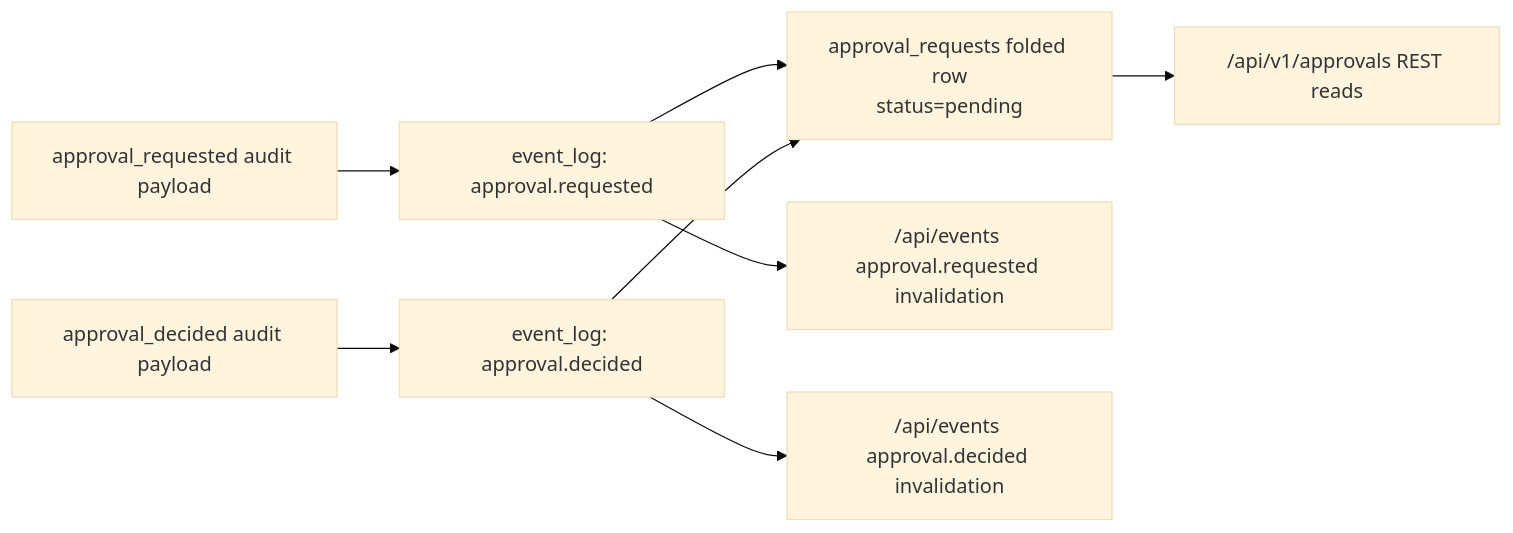
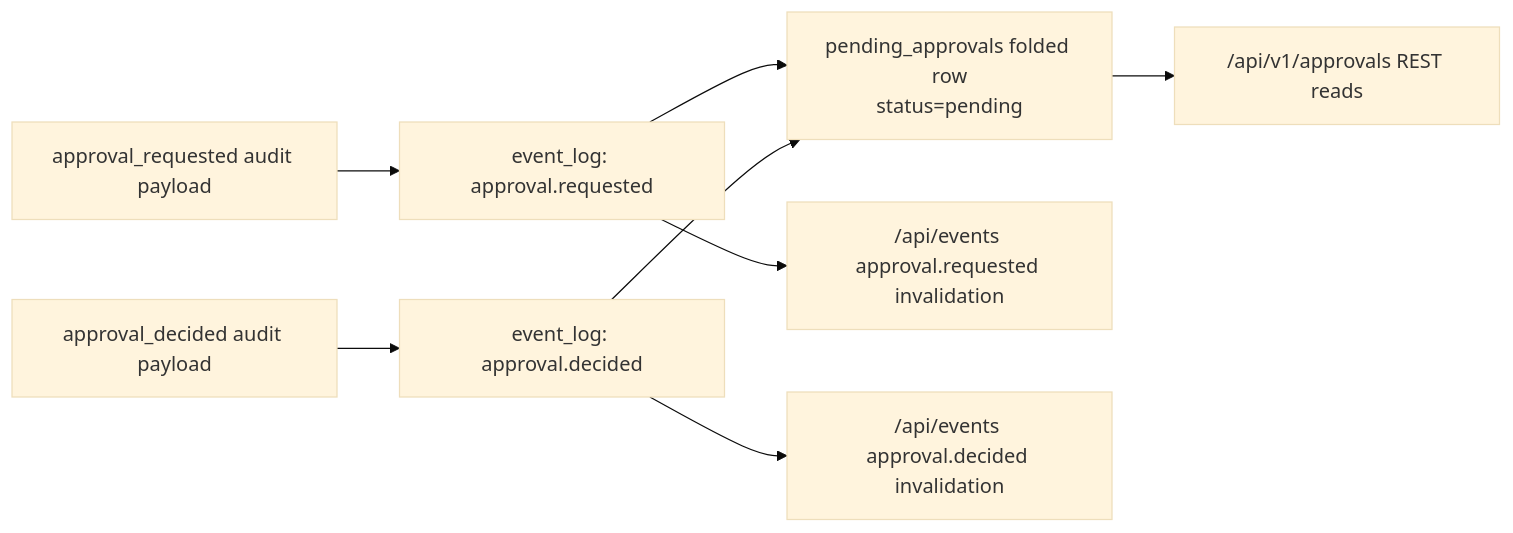
Before and after one commit to nex-crm/wuphf: the diagram in packages/broker/docs/modules/approvals.md, drawn with Mermaid (base theme). The commit also changed other lines of this file and 4 other files, not shown here.

Commit message:
refactor(approvals): rename projection to pending approvals

````diff
--- a/packages/broker/docs/modules/approvals.md
+++ b/packages/broker/docs/modules/approvals.md
@@ -9,10 +9,10 @@
 ```mermaid
 flowchart LR
   request["approval_requested audit payload"] --> requested["event_log: approval.requested"]
-  requested --> projection["approval_requests folded row<br/>status=pending"]
+  requested --> projection["pending_approvals folded row<br/>status=pending"]
   decision["approval_decided audit payload"] --> decided["event_log: approval.decided"]
   decided --> projection
   projection --> routes["/api/v1/approvals REST reads"]
   requested --> sse["/api/events approval.requested invalidation"]
   decided --> sse2["/api/events approval.decided invalidation"]
 ```
````
